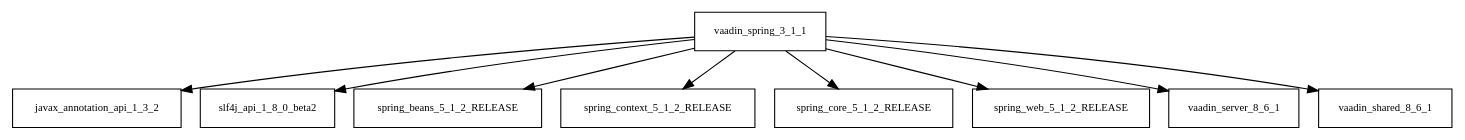
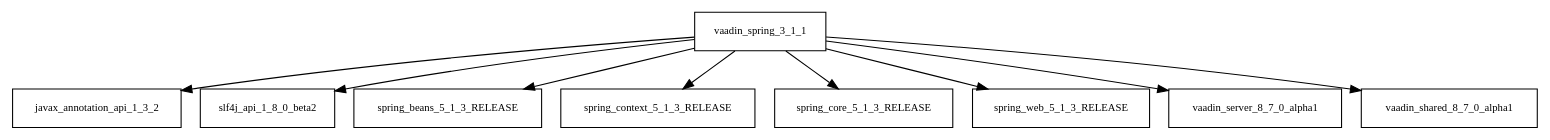
Before and after one commit to Hack23/cia: the diagram in tattleTaleReport/graphviz/vaadin-spring-3.1.1.jar/vaadin-spring-3.1.1.jar.dot, drawn with Graphviz. The commit also changed 3771 other files, not shown here.

```diff
--- a/tattleTaleReport/graphviz/vaadin-spring-3.1.1.jar/vaadin-spring-3.1.1.jar.dot
+++ b/tattleTaleReport/graphviz/vaadin-spring-3.1.1.jar/vaadin-spring-3.1.1.jar.dot
@@ -1,11 +1,11 @@
 digraph vaadin_spring_3_1_1_dependencies {
   node [shape = box, fontsize=10.0];
   vaadin_spring_3_1_1 -> javax_annotation_api_1_3_2;
   vaadin_spring_3_1_1 -> slf4j_api_1_8_0_beta2;
-  vaadin_spring_3_1_1 -> spring_beans_5_1_2_RELEASE;
-  vaadin_spring_3_1_1 -> spring_context_5_1_2_RELEASE;
-  vaadin_spring_3_1_1 -> spring_core_5_1_2_RELEASE;
-  vaadin_spring_3_1_1 -> spring_web_5_1_2_RELEASE;
-  vaadin_spring_3_1_1 -> vaadin_server_8_6_1;
-  vaadin_spring_3_1_1 -> vaadin_shared_8_6_1;
+  vaadin_spring_3_1_1 -> spring_beans_5_1_3_RELEASE;
+  vaadin_spring_3_1_1 -> spring_context_5_1_3_RELEASE;
+  vaadin_spring_3_1_1 -> spring_core_5_1_3_RELEASE;
+  vaadin_spring_3_1_1 -> spring_web_5_1_3_RELEASE;
+  vaadin_spring_3_1_1 -> vaadin_server_8_7_0_alpha1;
+  vaadin_spring_3_1_1 -> vaadin_shared_8_7_0_alpha1;
 }
```
